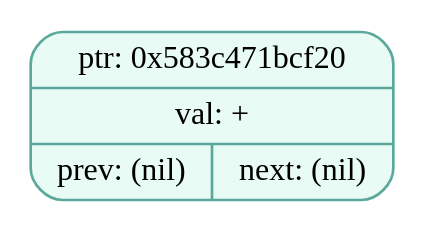
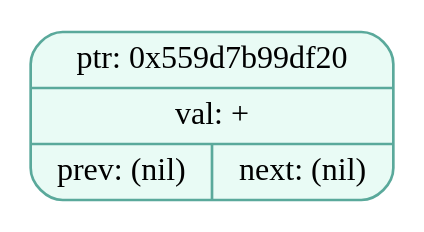
Before and after one commit to EvilTomato9890/Difference: the diagram in dumps/tree_dump_000.dot, drawn with Graphviz. The commit also changed 36 other files, not shown here.

```diff
--- a/dumps/tree_dump_000.dot
+++ b/dumps/tree_dump_000.dot
@@ -1,5 +1,5 @@
 digraph T{
   node [fontname="Fira Mono",shape=record,style="filled,rounded",fontsize=12];
   graph [splines=true, nodesep=0.6, ranksep=0.6];
-  node_0x583c471bcf20[shape=record,label="{ {ptr: 0x583c471bcf20} | {val: +} | { prev: (nil) | next: (nil) } }",color="#5aa99b",fillcolor="#e9fbf5"];
+  node_0x559d7b99df20[shape=record,label="{ {ptr: 0x559d7b99df20} | {val: +} | { prev: (nil) | next: (nil) } }",color="#5aa99b",fillcolor="#e9fbf5"];
 }
```
